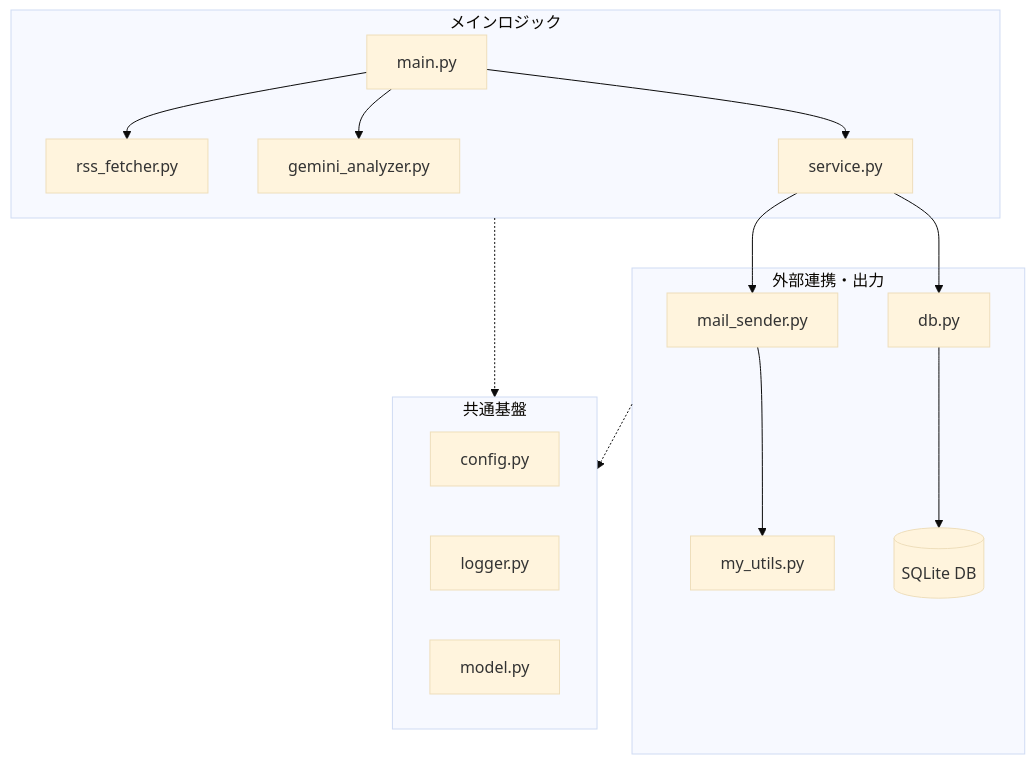
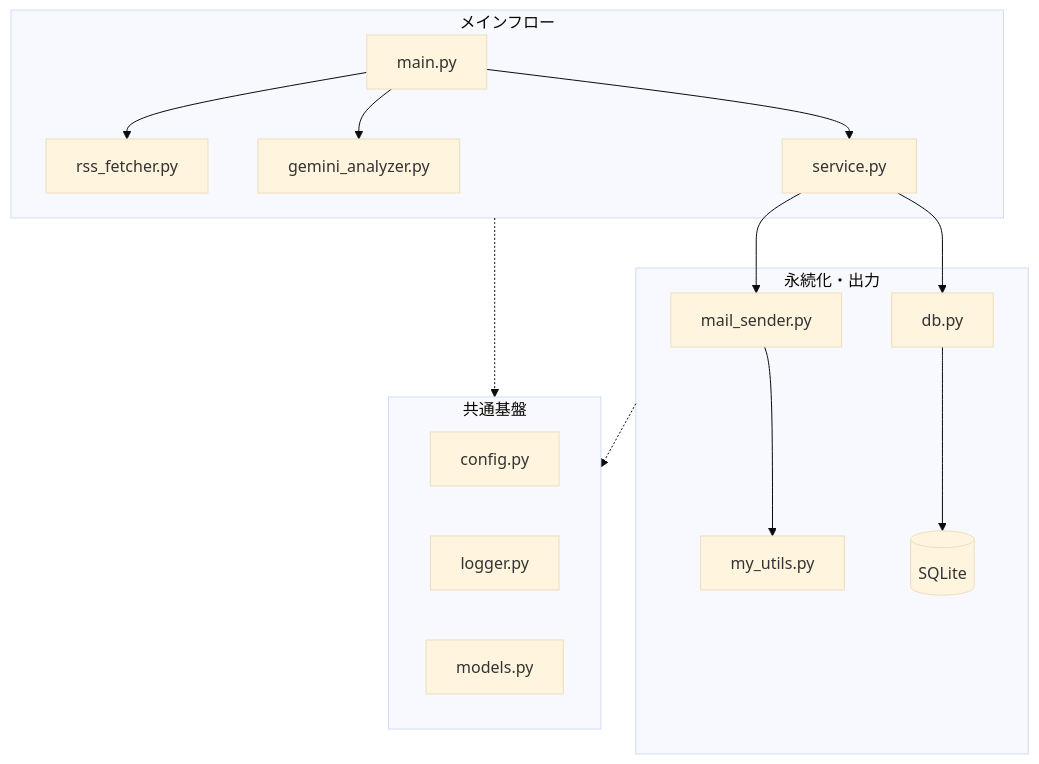
The second of 2 diagrams in README.md (neucorino/itnews-autocollector), drawn with Mermaid (base theme) before and after one commit. The commit also changed other lines of this file, not shown here.

````diff
--- a/README.md
+++ b/README.md
@@ -132,40 +131,32 @@
 ```mermaid
 flowchart TD
+    subgraph Core [メインフロー]
+        Main[main.py]
+        RSS[rss_fetcher.py]
+        AI[gemini_analyzer.py]
+        Service[service.py]
+    end
 
-%% ===== メイン処理の流れ =====
-subgraph Core [メインロジック]
-    Main[main.py]
-    RSS[rss_fetcher.py]
-    AI[gemini_analyzer.py]
-    Service[service.py]
-end
+    subgraph Output [永続化・出力]
+        Mail[mail_sender.py]
+        Utils[my_utils.py]
+        DB[db.py]
+        SQLite[(SQLite)]
+    end
 
-subgraph Output [外部連携・出力]
-    Mail[mail_sender.py]
-    Utils[my_utils.py]
-    DB[db.py]
-    SQLite[(SQLite DB)]
-end
+    subgraph Infra [共通基盤]
+        Config[config.py]
+        Logger[logger.py]
+        Models[models.py]
+    end
 
-%% ===== 共通基盤（横断的関心事） =====
-subgraph Infrastructure [共通基盤]
-    Config[config.py]
-    Logger[logger.py]
-    Model[model.py]
-end
-
-%% 実行の流れ
-Main --> RSS
-Main --> AI
-Main --> Service
-
-%% データの保存と通知
-Service --> DB
-DB --> SQLite
-Service --> Mail
-Mail --> Utils
-
-%% 共通基盤への参照（概念的な配置）
-Core -.-> Infrastructure
-Output -.-> Infrastructure
+    Main --> RSS
+    Main --> AI
+    Main --> Service
+    Service --> DB
+    DB --> SQLite
+    Service --> Mail
+    Mail --> Utils
+    Core -.-> Infra
+    Output -.-> Infra
 ```
````
